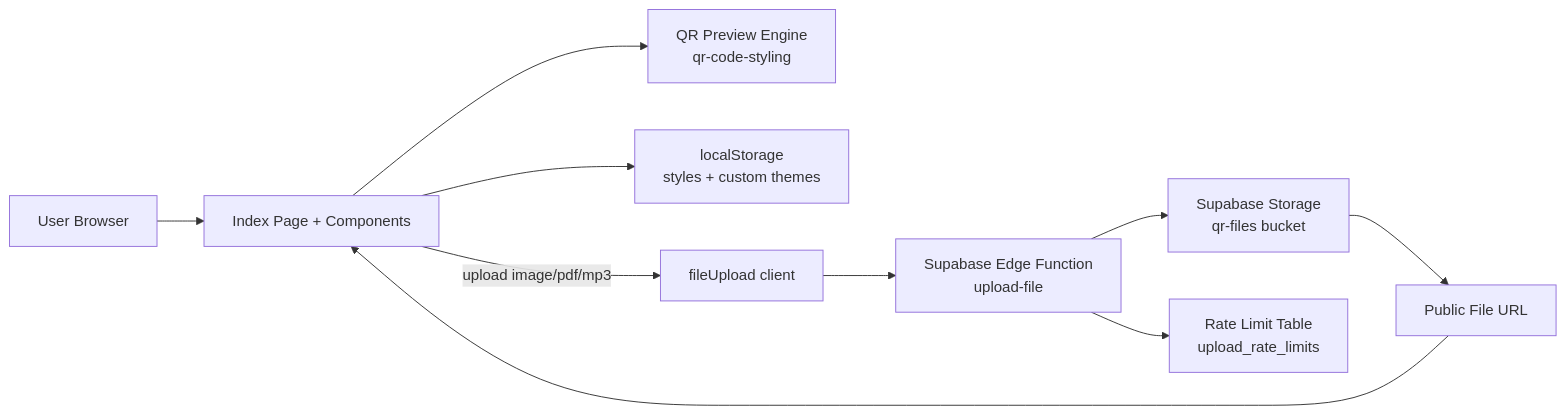
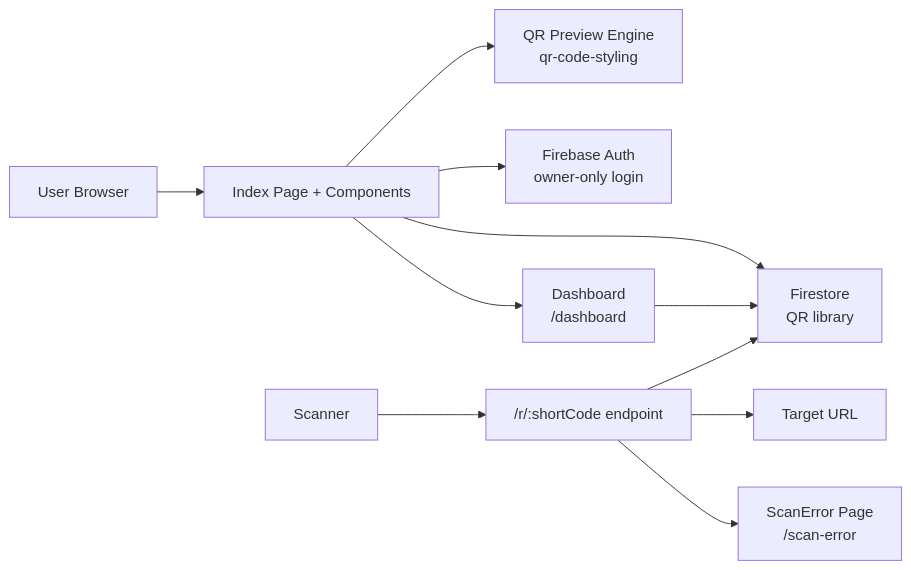
One commit to iamsainikhil/qr-canvas changed the first of 2 diagrams in README.md. Above: the diagram before and after it, drawn with Mermaid. The commit also changed other lines of this file and 5 other files, not shown here.

````diff
--- a/README.md
+++ b/README.md
@@ -71,13 +81,13 @@
 ```mermaid
 flowchart LR
 	U[User Browser] --> UI[Index Page + Components]
-	UI --> QR[QR Preview Engine\nqr-code-styling]
-	UI --> LS[localStorage\nstyles + custom themes]
-
-	UI -->|upload image/pdf/mp3| FEU[fileUpload client]
-	FEU --> EF[Supabase Edge Function\nupload-file]
-	EF --> ST[Supabase Storage\nqr-files bucket]
-	EF --> RL[Rate Limit Table\nupload_rate_limits]
-	ST --> PUB[Public File URL]
-	PUB --> UI
+	UI --> QR["QR Preview Engine<br/>qr-code-styling"]
+	UI --> FA["Firebase Auth<br/>owner-only login"]
+	UI --> FS["Firestore<br/>QR library"]
+	UI --> DB["Dashboard<br/>/dashboard"]
+	DB --> FS
+	SC[Scanner] --> RT["/r/:shortCode endpoint"]
+	RT --> FS
+	RT --> TG[Target URL]
+	RT --> SE["ScanError Page<br/>/scan-error"]
 ```
````
